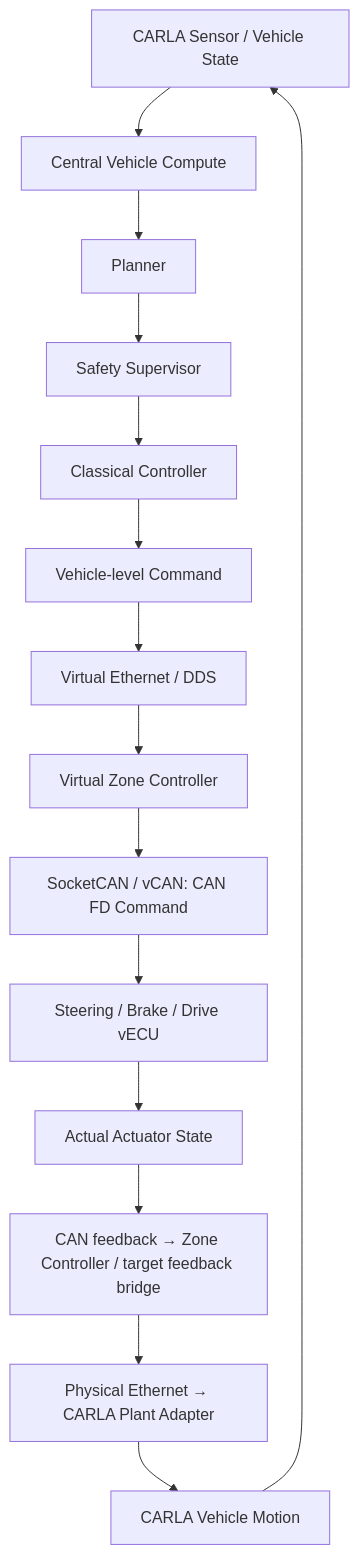
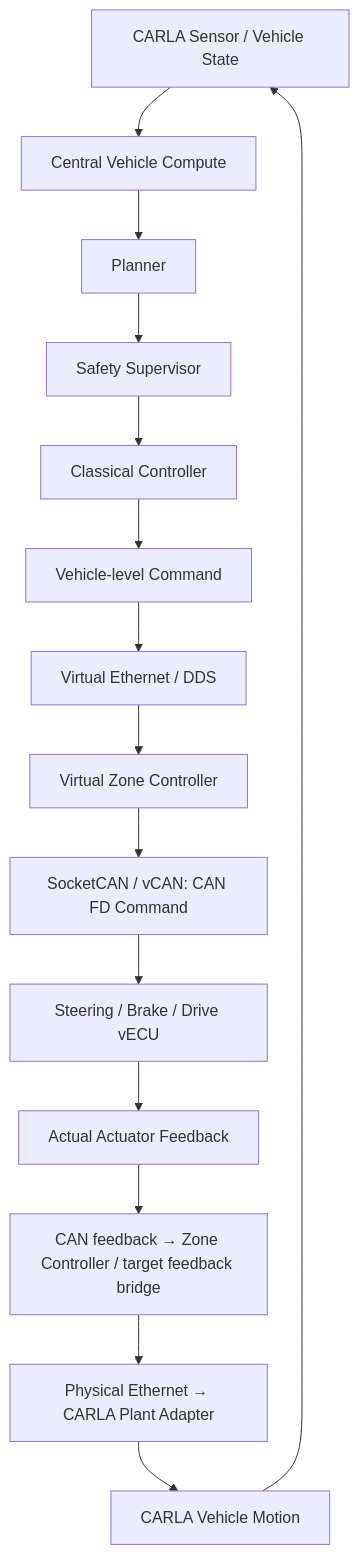
One commit to shinjuyeop/StrataDrive changed the diagram in docs/architecture/system_architecture.md. Above: the diagram before and after it, drawn with Mermaid. The commit also changed other lines of this file and 26 other files, not shown here.

````diff
--- a/docs/architecture/system_architecture.md
+++ b/docs/architecture/system_architecture.md
@@ -22,17 +23,17 @@
 ```mermaid
 flowchart TB
   SENSOR[CARLA Sensor / Vehicle State] --> CENTRAL[Central Vehicle Compute]
   CENTRAL --> PLAN[Planner]
   PLAN --> SAFE[Safety Supervisor]
   SAFE --> CTRL[Classical Controller]
   CTRL --> CMD[Vehicle-level Command]
   CMD --> ETH[Virtual Ethernet / DDS]
   ETH --> ZONE[Virtual Zone Controller]
   ZONE --> CAN[SocketCAN / vCAN: CAN FD Command]
   CAN --> ECU[Steering / Brake / Drive vECU]
-  ECU --> ACT[Actual Actuator State]
+  ECU --> ACT[Actual Actuator Feedback]
   ACT --> BRIDGE[CAN feedback → Zone Controller / target feedback bridge]
   BRIDGE --> ADAPTER[Physical Ethernet → CARLA Plant Adapter]
   ADAPTER --> MOTION[CARLA Vehicle Motion]
   MOTION --> SENSOR
 ```
````
